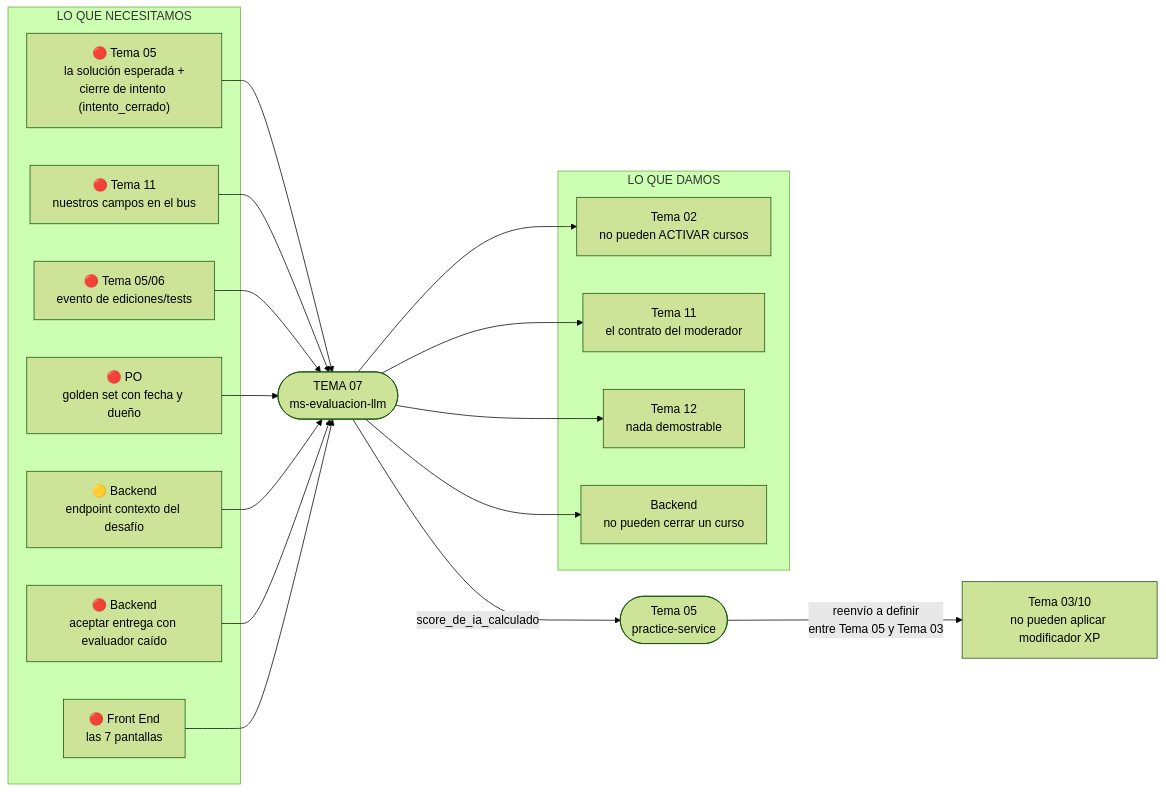
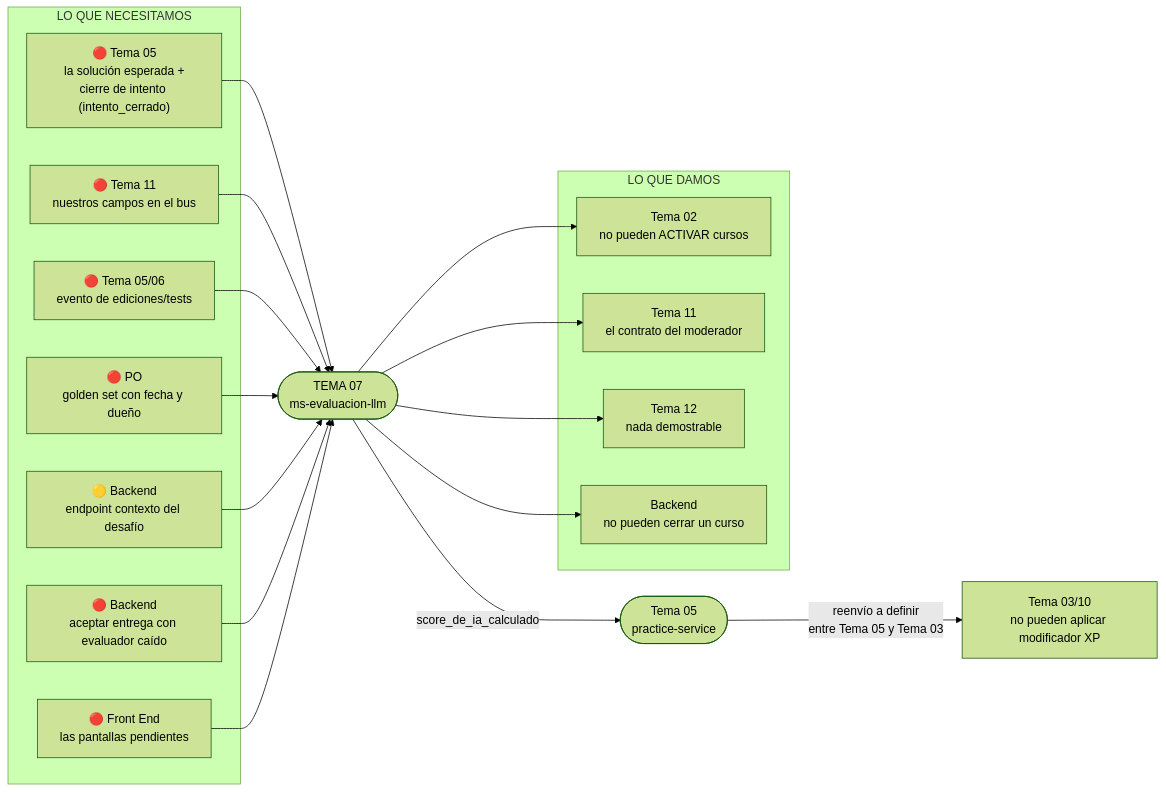
One commit to 114029-NietoLuchini-Lazaro/Doc-Tpi-Programacion changed the second of 2 diagrams in llm-service/docs/18-contratos-inter-equipos.md. Above: the diagram before and after it, drawn with Mermaid (forest theme). The commit also changed other lines of this file and 20 other files, not shown here.

````diff
--- a/llm-service/docs/18-contratos-inter-equipos.md
+++ b/llm-service/docs/18-contratos-inter-equipos.md
@@ -463,37 +315,37 @@
 ```mermaid
 flowchart LR
     subgraph damos["LO QUE DAMOS"]
         D1["Tema 02\nno pueden ACTIVAR cursos"]
         D3["Tema 11\nel contrato del moderador"]
         D4["Tema 12\nnada demostrable"]
         D5["Backend\nno pueden cerrar un curso"]
     end
 
     IA(["TEMA 07\nms-evaluacion-llm"])
     T05IA(["Tema 05\npractice-service"])
     D2["Tema 03/10\nno pueden aplicar modificador XP"]
 
     subgraph necesitamos["LO QUE NECESITAMOS"]
         N1["🔴 Tema 05\nla solución esperada +<br/>cierre de intento (intento_cerrado)"]
         N2["🔴 Tema 11\nnuestros campos en el bus"]
         N3["🔴 Tema 05/06\nevento de ediciones/tests"]
         N4["🔴 PO\ngolden set con fecha y dueño"]
         N5["🟡 Backend\nendpoint contexto del desafío"]
         N6["🔴 Backend\naceptar entrega con evaluador caído"]
-        N7["🔴 Front End\nlas 7 pantallas"]
+        N7["🔴 Front End\nlas pantallas pendientes"]
     end
 
     N1 --> IA
     N2 --> IA
     N3 --> IA
     N4 --> IA
     N5 --> IA
     N6 --> IA
     N7 --> IA
     IA -->|"score_de_ia_calculado"| T05IA
     T05IA -->|"reenvío a definir<br/>entre Tema 05 y Tema 03"| D2
     IA --> D1
     IA --> D3
     IA --> D4
     IA --> D5
 ```
````
